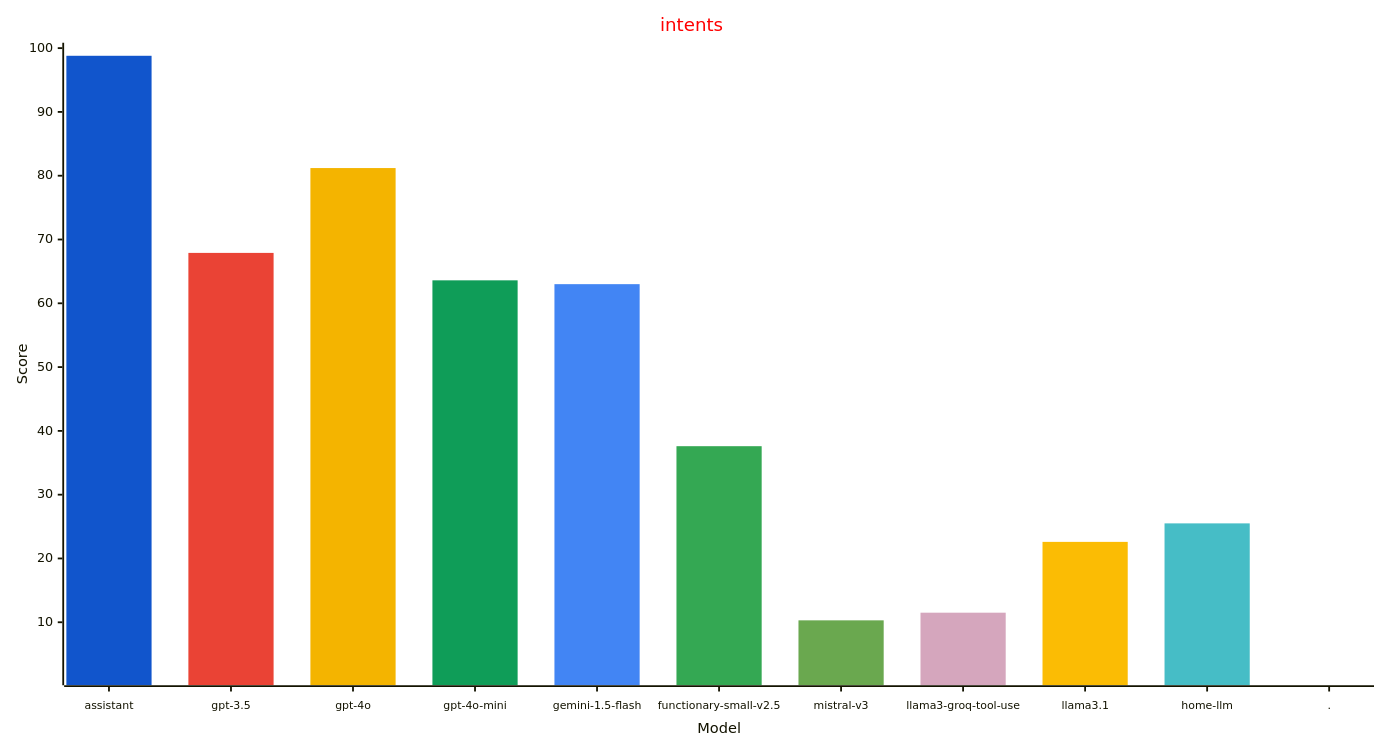
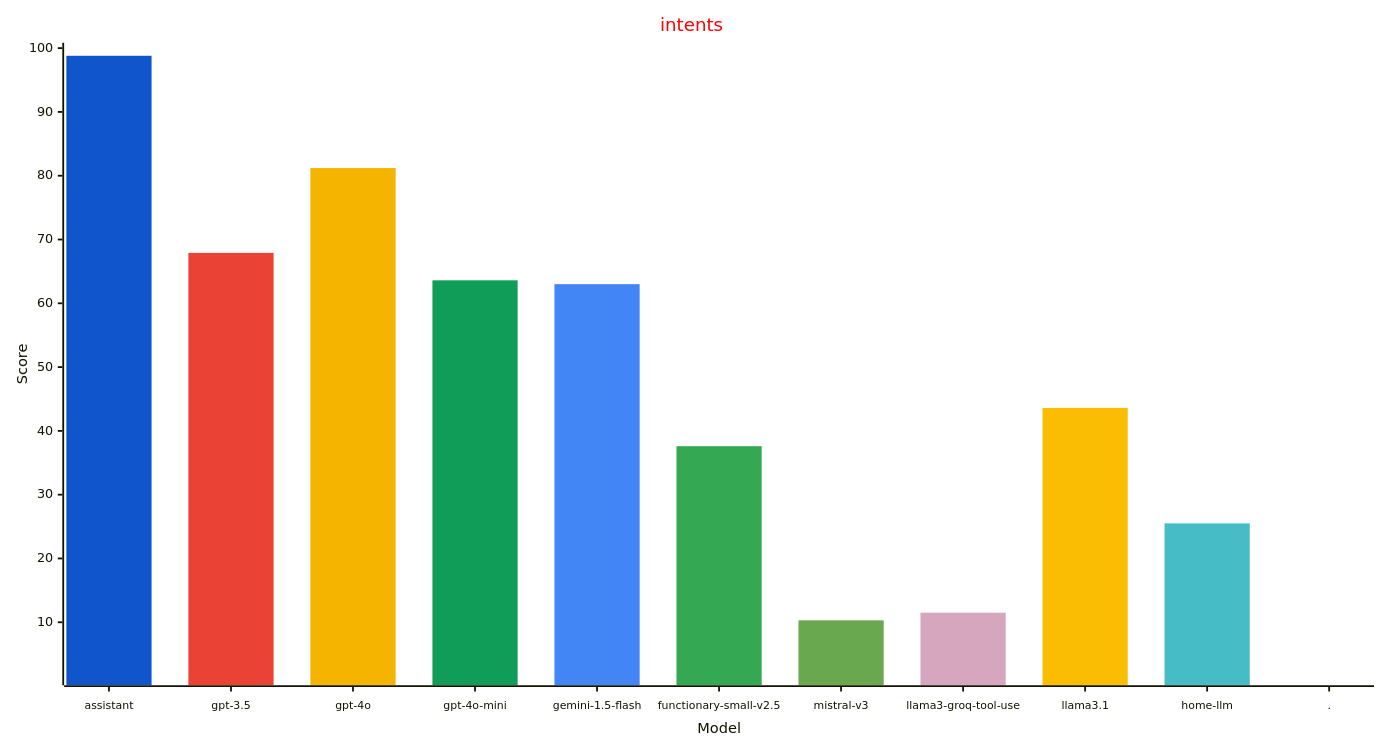
The third of 3 diagrams in reports/README.md (allenporter/home-assistant-datasets), drawn with Mermaid before and after one commit. The commit also changed other lines of this file and 168 other files, not shown here.

````diff
--- a/reports/README.md
+++ b/reports/README.md
@@ -130,31 +130,31 @@
 ```mermaid
 ---
 config:
     xyChart:
         width: 1500
         height: 800
         xAxis:
           labelFontSize: 12
           labelPadding: 8
     themeVariables:
         xyChart:
             titleColor: "#ff0000"
             plotColorPalette: "#1155cc, #ea4335, #f4b400, #0f9d58, #4285f4, #34a853, #6aa84f, #d5a6bd, #fbbc04, #46bdc6, #4285f4"
 
 ---
 xychart-beta
   title "intents"
   x-axis "Model" [assistant, gpt-3.5, gpt-4o, gpt-4o-mini, gemini-1.5-flash, functionary-small-v2.5, mistral-v3, llama3-groq-tool-use, llama3.1, home-llm, .]
   y-axis "Score" 1 --> 100
   bar [98.8, 0.0, 0.0, 0.0, 0.0, 0.0, 0.0, 0.0, 0.0, 0.0, 0.0]
   bar [0.0, 67.9, 0.0, 0.0, 0.0, 0.0, 0.0, 0.0, 0.0, 0.0, 0.0]
   bar [0.0, 0.0, 81.2, 0.0, 0.0, 0.0, 0.0, 0.0, 0.0, 0.0, 0.0]
   bar [0.0, 0.0, 0.0, 63.6, 0.0, 0.0, 0.0, 0.0, 0.0, 0.0, 0.0]
   bar [0.0, 0.0, 0.0, 0.0, 63.0, 0.0, 0.0, 0.0, 0.0, 0.0, 0.0]
   bar [0.0, 0.0, 0.0, 0.0, 0.0, 37.6, 0.0, 0.0, 0.0, 0.0, 0.0]
   bar [0.0, 0.0, 0.0, 0.0, 0.0, 0.0, 10.3, 0.0, 0.0, 0.0, 0.0]
   bar [0.0, 0.0, 0.0, 0.0, 0.0, 0.0, 0.0, 11.5, 0.0, 0.0, 0.0]
-  bar [0.0, 0.0, 0.0, 0.0, 0.0, 0.0, 0.0, 0.0, 22.6, 0.0, 0.0]
+  bar [0.0, 0.0, 0.0, 0.0, 0.0, 0.0, 0.0, 0.0, 43.6, 0.0, 0.0]
   bar [0.0, 0.0, 0.0, 0.0, 0.0, 0.0, 0.0, 0.0, 0.0, 25.5, 0.0]
   bar [0.0, 0.0, 0.0, 0.0, 0.0, 0.0, 0.0, 0.0, 0.0, 0.0, -1.0]
 ```
````
